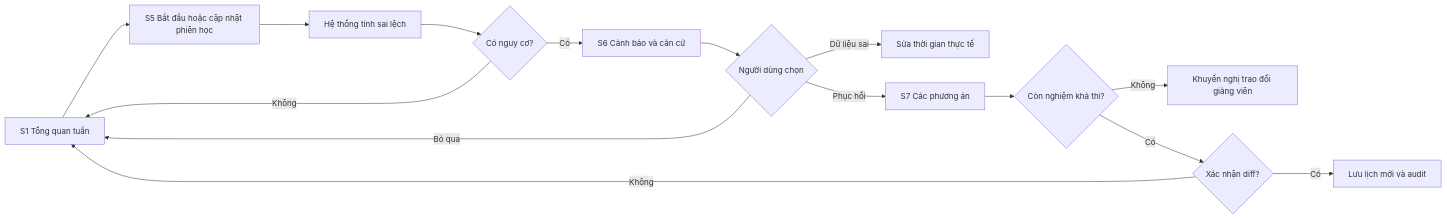
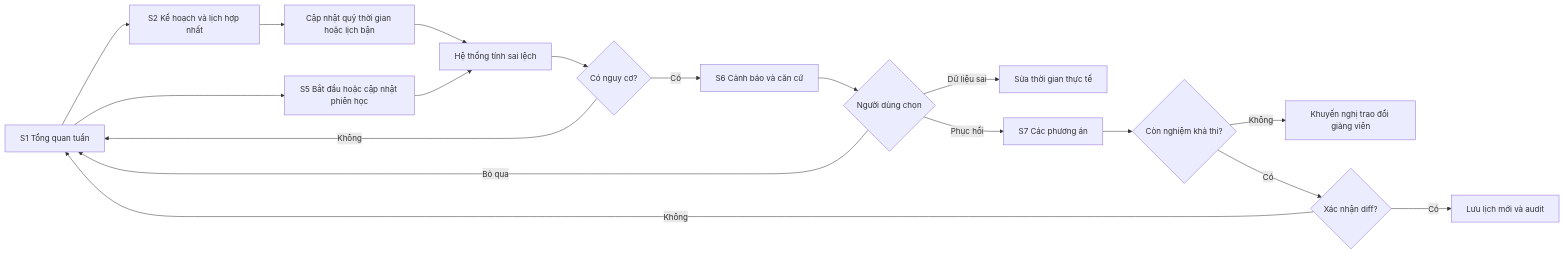
Before and after one commit to kchi24/K4_AI20K_2A202602797_ThanThiKimChi_Project: the third of 7 diagrams in docs/03-wireframe-uiflow.md, drawn with Mermaid. The commit also changed other lines of this file and 90 other files, not shown here.

````diff
--- a/docs/03-wireframe-uiflow.md
+++ b/docs/03-wireframe-uiflow.md
@@ -76,17 +76,20 @@
 ```mermaid
 flowchart LR
     A[S1 Tổng quan tuần] --> B[S5 Bắt đầu hoặc cập nhật phiên học]
+    A --> M[S2 Kế hoạch và lịch hợp nhất]
+    M --> N[Cập nhật quỹ thời gian hoặc lịch bận]
+    N --> C
     B --> C[Hệ thống tính sai lệch]
     C --> D{Có nguy cơ?}
     D -->|Không| A
     D -->|Có| E[S6 Cảnh báo và căn cứ]
     E --> F{Người dùng chọn}
     F -->|Dữ liệu sai| G[Sửa thời gian thực tế]
     F -->|Bỏ qua| A
     F -->|Phục hồi| H[S7 Các phương án]
     H --> I{Còn nghiệm khả thi?}
     I -->|Không| J[Khuyến nghị trao đổi giảng viên]
     I -->|Có| K{Xác nhận diff?}
     K -->|Không| A
     K -->|Có| L[Lưu lịch mới và audit]
 ```
````
